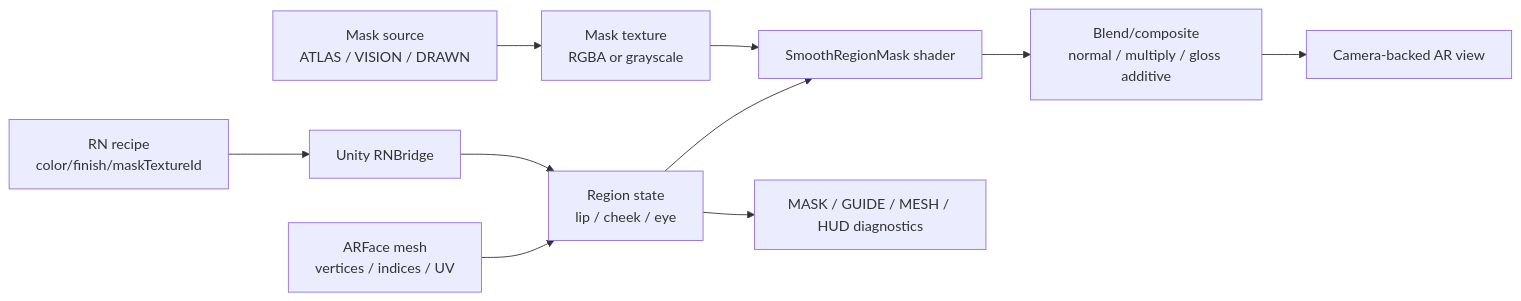
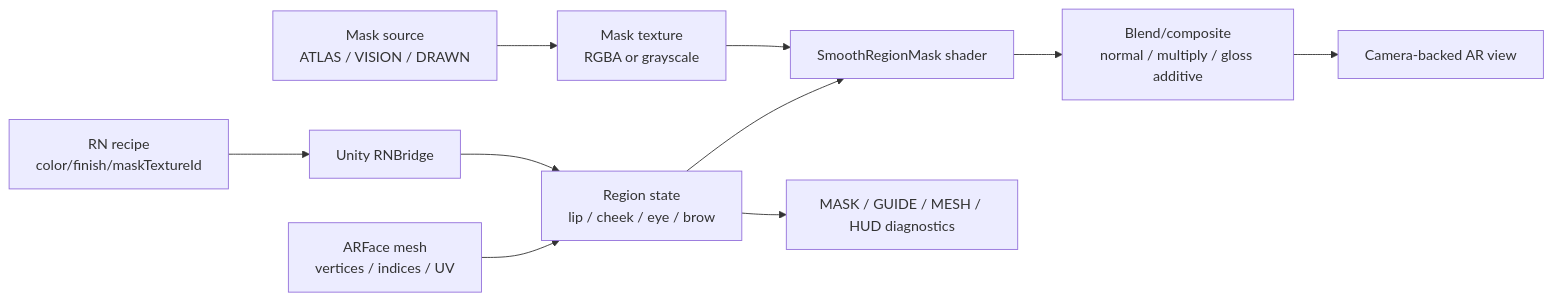
The diagram in docs/architecture/ar-makeup-rendering-concepts-glossary-ko.md (nicewei77-lang/makeupAR), drawn with Mermaid before and after one commit. The commit also changed other lines of this file and 1297 other files, not shown here.

````diff
--- a/docs/architecture/ar-makeup-rendering-concepts-glossary-ko.md
+++ b/docs/architecture/ar-makeup-rendering-concepts-glossary-ko.md
@@ -92,12 +92,12 @@
 ```mermaid
 flowchart LR
   Recipe["RN recipe\ncolor/finish/maskTextureId"] --> Bridge["Unity RNBridge"]
-  Bridge --> Region["Region state\nlip / cheek / eye"]
+  Bridge --> Region["Region state\nlip / cheek / eye / brow"]
   ARFace["ARFace mesh\nvertices / indices / UV"] --> Region
   MaskSource["Mask source\nATLAS / VISION / DRAWN"] --> MaskTex["Mask texture\nRGBA or grayscale"]
   MaskTex --> Shader["SmoothRegionMask shader"]
   Region --> Shader
   Shader --> Blend["Blend/composite\nnormal / multiply / gloss additive"]
   Blend --> Output["Camera-backed AR view"]
   Region --> Debug["MASK / GUIDE / MESH / HUD diagnostics"]
 ```
````
